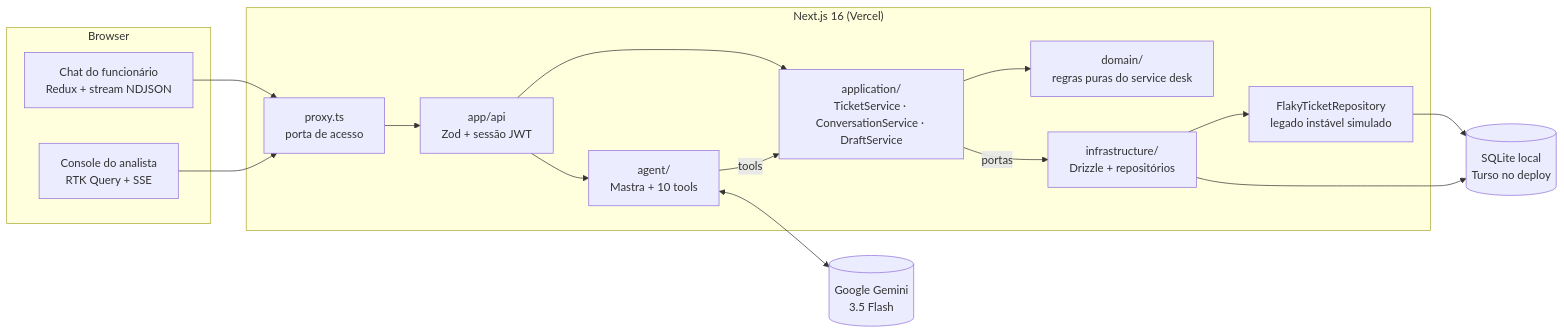
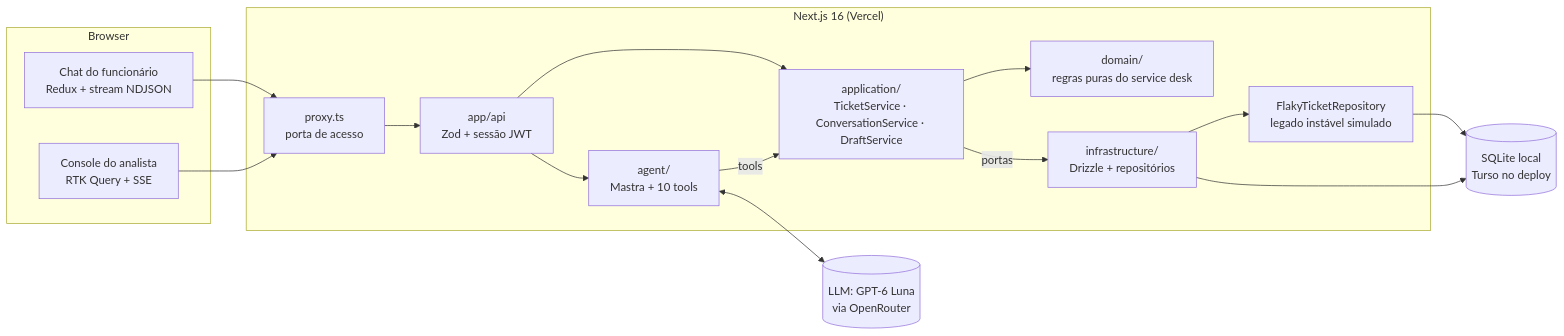
One commit to skarL007/nexo-assist changed the first of 3 diagrams in README.md. Above: the diagram before and after it, drawn with Mermaid. The commit also changed other lines of this file and 3 other files, not shown here.

First line of the commit message:
docs: verificações de diagnóstico e troca para o GPT-6 Luna

````diff
--- a/README.md
+++ b/README.md
@@ -106,33 +106,33 @@
 ```mermaid
 flowchart LR
   subgraph Browser
     UI["Chat do funcionário<br/>Redux + stream NDJSON"]
     CON["Console do analista<br/>RTK Query + SSE"]
   end
 
   subgraph Next["Next.js 16 (Vercel)"]
     PX["proxy.ts<br/>porta de acesso"]
     API["app/api<br/>Zod + sessão JWT"]
     AG["agent/<br/>Mastra + 10 tools"]
     APP["application/<br/>TicketService · ConversationService · DraftService"]
     DOM["domain/<br/>regras puras do service desk"]
     INF["infrastructure/<br/>Drizzle + repositórios"]
     LEG["FlakyTicketRepository<br/>legado instável simulado"]
   end
 
-  GEM[("Google Gemini<br/>3.5 Flash")]
+  GEM[("LLM: GPT-6 Luna<br/>via OpenRouter")]
   DB[("SQLite local<br/>Turso no deploy")]
 
   UI --> PX
   CON --> PX
   PX --> API
   API --> AG
   API --> APP
   AG -- "tools" --> APP
   AG <--> GEM
   APP --> DOM
   APP -- "portas" --> INF
   INF --> LEG
   LEG --> DB
   INF --> DB
 ```
````
